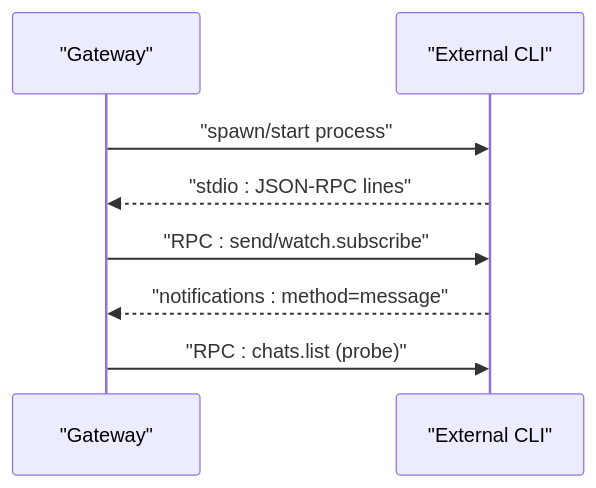
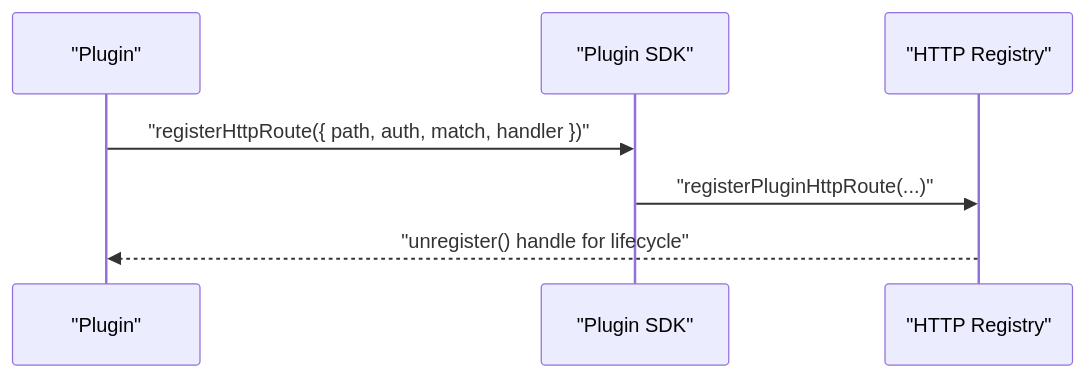
One commit to botx-work/OpenClaw-Internals changed the fifth of 7 diagrams in repowiki/en/content/API Reference/API Reference.md. Above: the diagram before and after it, drawn with Mermaid. The commit also changed other lines of this file and 332 other files, not shown here.

````diff
--- a/repowiki/en/content/API Reference/API Reference.md
+++ b/repowiki/en/content/API Reference/API Reference.md
@@ -242,10 +175,9 @@
 ```mermaid
 sequenceDiagram
-participant GW as "Gateway"
-participant CLI as "External CLI"
-GW->>CLI : "spawn/start process"
-CLI-->>GW : "stdio : JSON-RPC lines"
-GW->>CLI : "RPC : send/watch.subscribe"
-CLI-->>GW : "notifications : method=message"
-GW->>CLI : "RPC : chats.list (probe)"
+participant Plugin as "Plugin"
+participant SDK as "Plugin SDK"
+participant Reg as "HTTP Registry"
+Plugin->>SDK : "registerHttpRoute({ path, auth, match, handler })"
+SDK->>Reg : "registerPluginHttpRoute(...)"
+Reg-->>Plugin : "unregister() handle for lifecycle"
 ```
````
